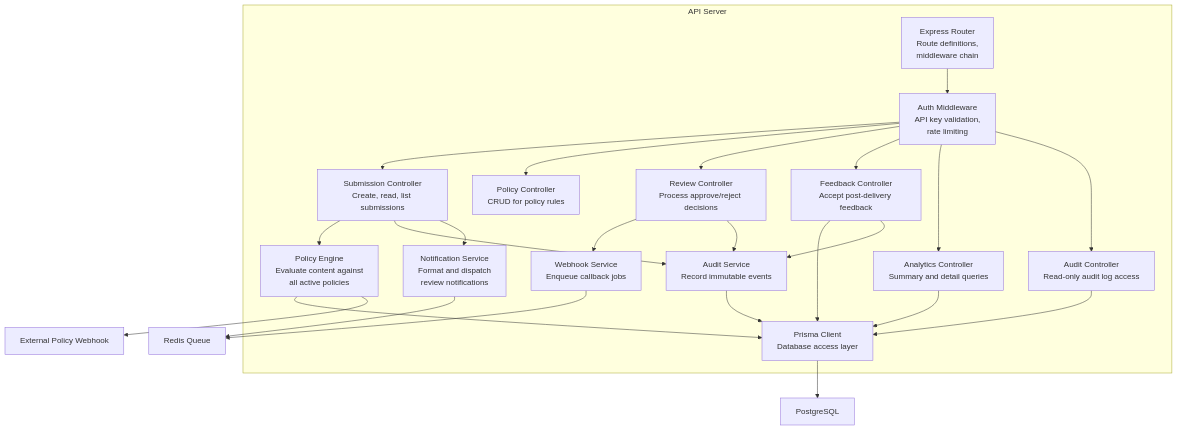
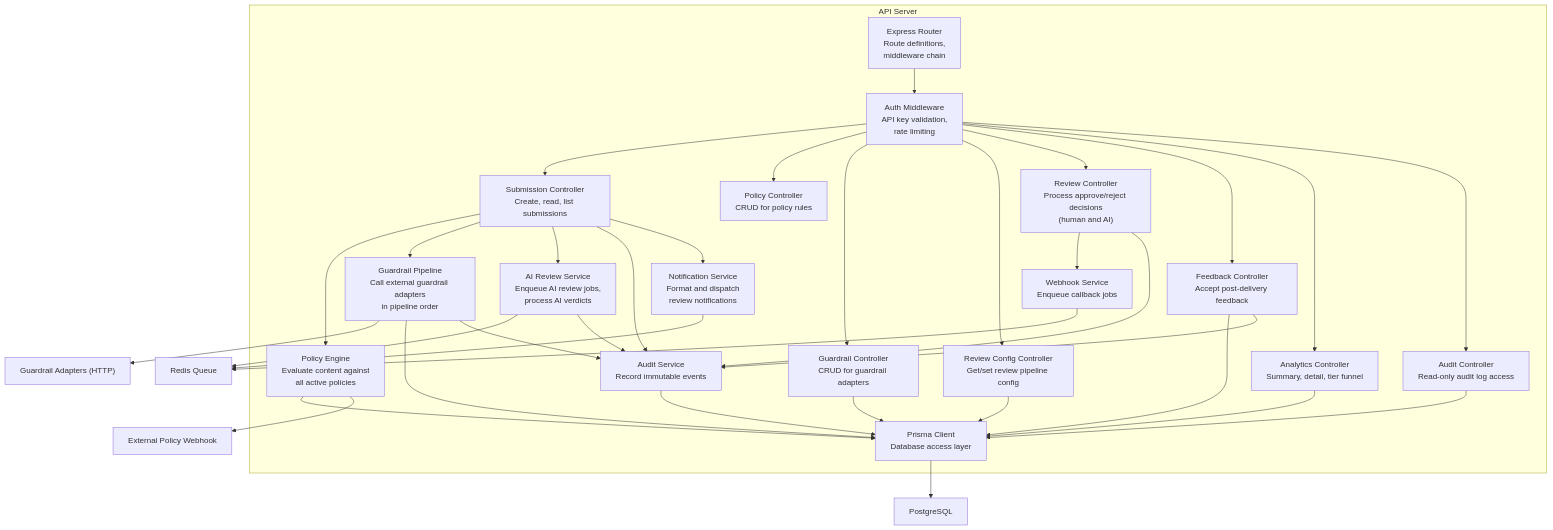
Before and after one commit to lsadehaan/greenlight: the third of 4 diagrams in docs/architecture/c4.md, drawn with Mermaid. The commit also changed other lines of this file and 5 other files, not shown here.

````diff
--- a/docs/architecture/c4.md
+++ b/docs/architecture/c4.md
@@ -76,41 +84,56 @@
 ```mermaid
 graph TD
     subgraph "API Server"
         Router["Express Router<br/>Route definitions,<br/>middleware chain"]
         AuthMW["Auth Middleware<br/>API key validation,<br/>rate limiting"]
         SubmissionCtrl["Submission Controller<br/>Create, read, list submissions"]
         PolicyCtrl["Policy Controller<br/>CRUD for policy rules"]
-        ReviewCtrl["Review Controller<br/>Process approve/reject decisions"]
+        GuardrailCtrl["Guardrail Controller<br/>CRUD for guardrail adapters"]
+        ReviewConfigCtrl["Review Config Controller<br/>Get/set review pipeline config"]
+        ReviewCtrl["Review Controller<br/>Process approve/reject decisions<br/>(human and AI)"]
         FeedbackCtrl["Feedback Controller<br/>Accept post-delivery feedback"]
-        AnalyticsCtrl["Analytics Controller<br/>Summary and detail queries"]
+        AnalyticsCtrl["Analytics Controller<br/>Summary, detail, tier funnel"]
         AuditCtrl["Audit Controller<br/>Read-only audit log access"]
         PolicyEngine["Policy Engine<br/>Evaluate content against<br/>all active policies"]
+        GuardrailPipeline["Guardrail Pipeline<br/>Call external guardrail adapters<br/>in pipeline order"]
+        AIReviewService["AI Review Service<br/>Enqueue AI review jobs,<br/>process AI verdicts"]
         NotifService["Notification Service<br/>Format and dispatch<br/>review notifications"]
         WebhookService["Webhook Service<br/>Enqueue callback jobs"]
         AuditService["Audit Service<br/>Record immutable events"]
         PrismaClient["Prisma Client<br/>Database access layer"]
     end
 
     Router --> AuthMW
     AuthMW --> SubmissionCtrl
     AuthMW --> PolicyCtrl
+    AuthMW --> GuardrailCtrl
+    AuthMW --> ReviewConfigCtrl
     AuthMW --> ReviewCtrl
     AuthMW --> FeedbackCtrl
     AuthMW --> AnalyticsCtrl
     AuthMW --> AuditCtrl
     SubmissionCtrl --> PolicyEngine
+    SubmissionCtrl --> GuardrailPipeline
+    SubmissionCtrl --> AIReviewService
     SubmissionCtrl --> AuditService
     PolicyEngine --> PrismaClient
     PolicyEngine --> ExtWebhook["External Policy Webhook"]
+    GuardrailPipeline --> GuardrailAdapters["Guardrail Adapters (HTTP)"]
+    GuardrailPipeline --> PrismaClient
+    GuardrailPipeline --> AuditService
+    AIReviewService --> Redis["Redis Queue"]
+    AIReviewService --> AuditService
     ReviewCtrl --> WebhookService
     ReviewCtrl --> AuditService
     SubmissionCtrl --> NotifService
-    NotifService --> Redis["Redis Queue"]
+    NotifService --> Redis
     WebhookService --> Redis
     PrismaClient --> DB["PostgreSQL"]
     FeedbackCtrl --> PrismaClient
     FeedbackCtrl --> AuditService
     AnalyticsCtrl --> PrismaClient
     AuditCtrl --> PrismaClient
     AuditService --> PrismaClient
+    GuardrailCtrl --> PrismaClient
+    ReviewConfigCtrl --> PrismaClient
 ```
````
